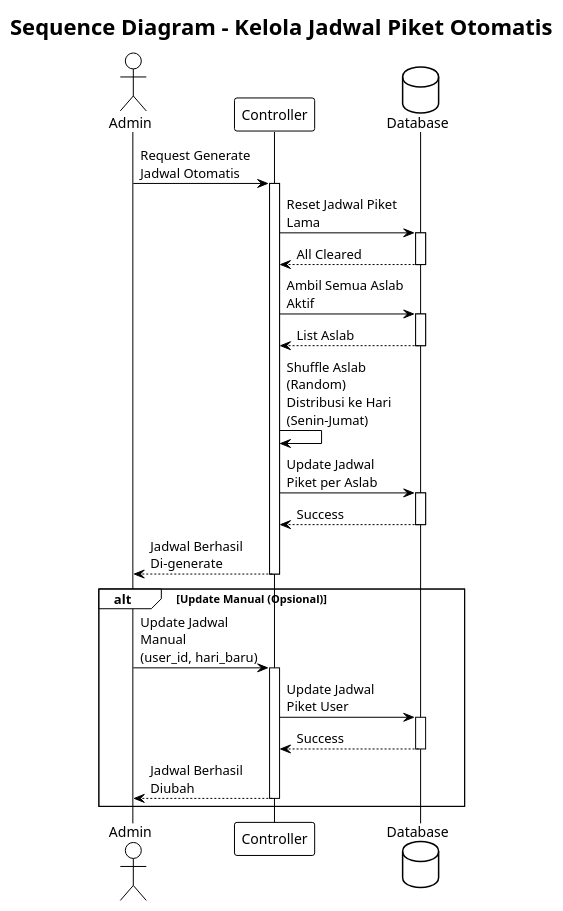
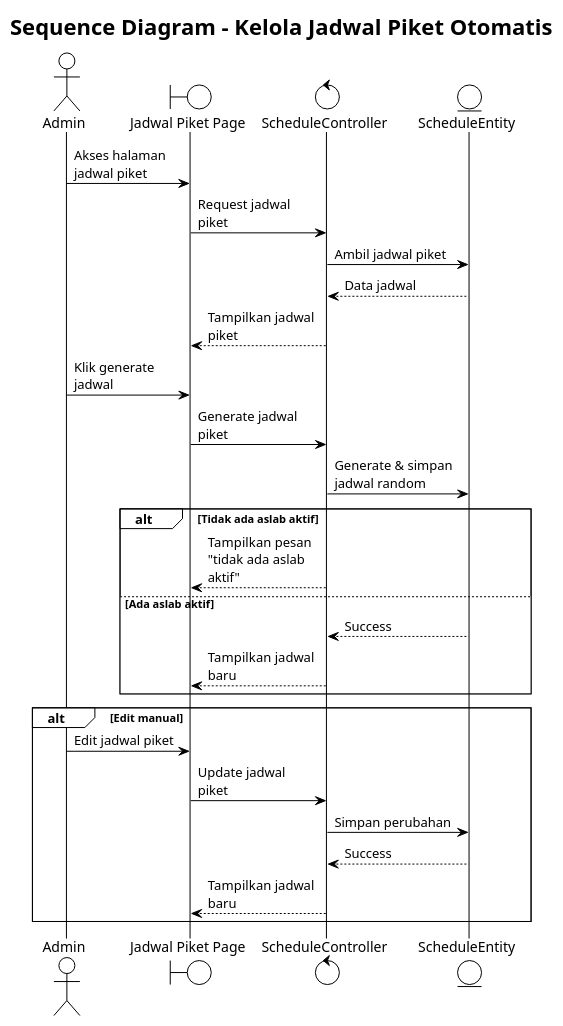
The diagram in docs/diagrams/sequence/schedule_generation_sequence.puml (zalzdarkent/absensi_aslab_react), drawn with PlantUML before and after one commit. The commit also changed 26 other files, not shown here.

First line of the commit message:
Refactor sequence and activity diagrams for asset management, attendance, and registration processes

```diff
--- a/docs/diagrams/sequence/schedule_generation_sequence.puml
+++ b/docs/diagrams/sequence/schedule_generation_sequence.puml
@@ -1,48 +1,38 @@
 @startuml Automated Schedule Generation
 !theme plain
 skinparam maxMessageSize 120
 
 title Sequence Diagram - Kelola Jadwal Piket Otomatis
 
+
+
 actor "Admin" as Admin
-participant "Controller" as Controller
-database "Database" as DB
+boundary "Jadwal Piket Page" as Boundary
+control "ScheduleController" as Control
+entity "ScheduleEntity" as ScheduleEntity
 
-Admin -> Controller: Request Generate Jadwal Otomatis
-activate Controller
+Admin -> Boundary: Akses halaman jadwal piket
+Boundary -> Control: Request jadwal piket
+Control -> ScheduleEntity: Ambil jadwal piket
+ScheduleEntity --> Control: Data jadwal
+Control --> Boundary: Tampilkan jadwal piket
 
-Controller -> DB: Reset Jadwal Piket Lama
-activate DB
-DB --> Controller: All Cleared
-deactivate DB
+Admin -> Boundary: Klik generate jadwal
+Boundary -> Control: Generate jadwal piket
+Control -> ScheduleEntity: Generate & simpan jadwal random
+alt Tidak ada aslab aktif
+    Control --> Boundary: Tampilkan pesan "tidak ada aslab aktif"
+else Ada aslab aktif
+    ScheduleEntity --> Control: Success
+    Control --> Boundary: Tampilkan jadwal baru
+end
 
-Controller -> DB: Ambil Semua Aslab Aktif
-activate DB
-DB --> Controller: List Aslab
-deactivate DB
-
-Controller -> Controller: Shuffle Aslab (Random)\nDistribusi ke Hari (Senin-Jumat)
-
-Controller -> DB: Update Jadwal Piket per Aslab
-activate DB
-DB --> Controller: Success
-deactivate DB
-
-Controller --> Admin: Jadwal Berhasil Di-generate
-
-deactivate Controller
-
-alt Update Manual (Opsional)
-    Admin -> Controller: Update Jadwal Manual\n(user_id, hari_baru)
-    activate Controller
-
-    Controller -> DB: Update Jadwal Piket User
-    activate DB
-    DB --> Controller: Success
-    deactivate DB
-
-    Controller --> Admin: Jadwal Berhasil Diubah
-    deactivate Controller
+alt Edit manual
+    Admin -> Boundary: Edit jadwal piket
+    Boundary -> Control: Update jadwal piket
+    Control -> ScheduleEntity: Simpan perubahan
+    ScheduleEntity --> Control: Success
+    Control --> Boundary: Tampilkan jadwal baru
 end
 
 @enduml
```
